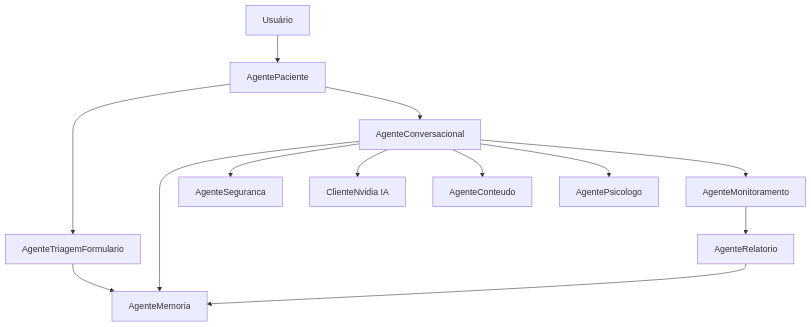
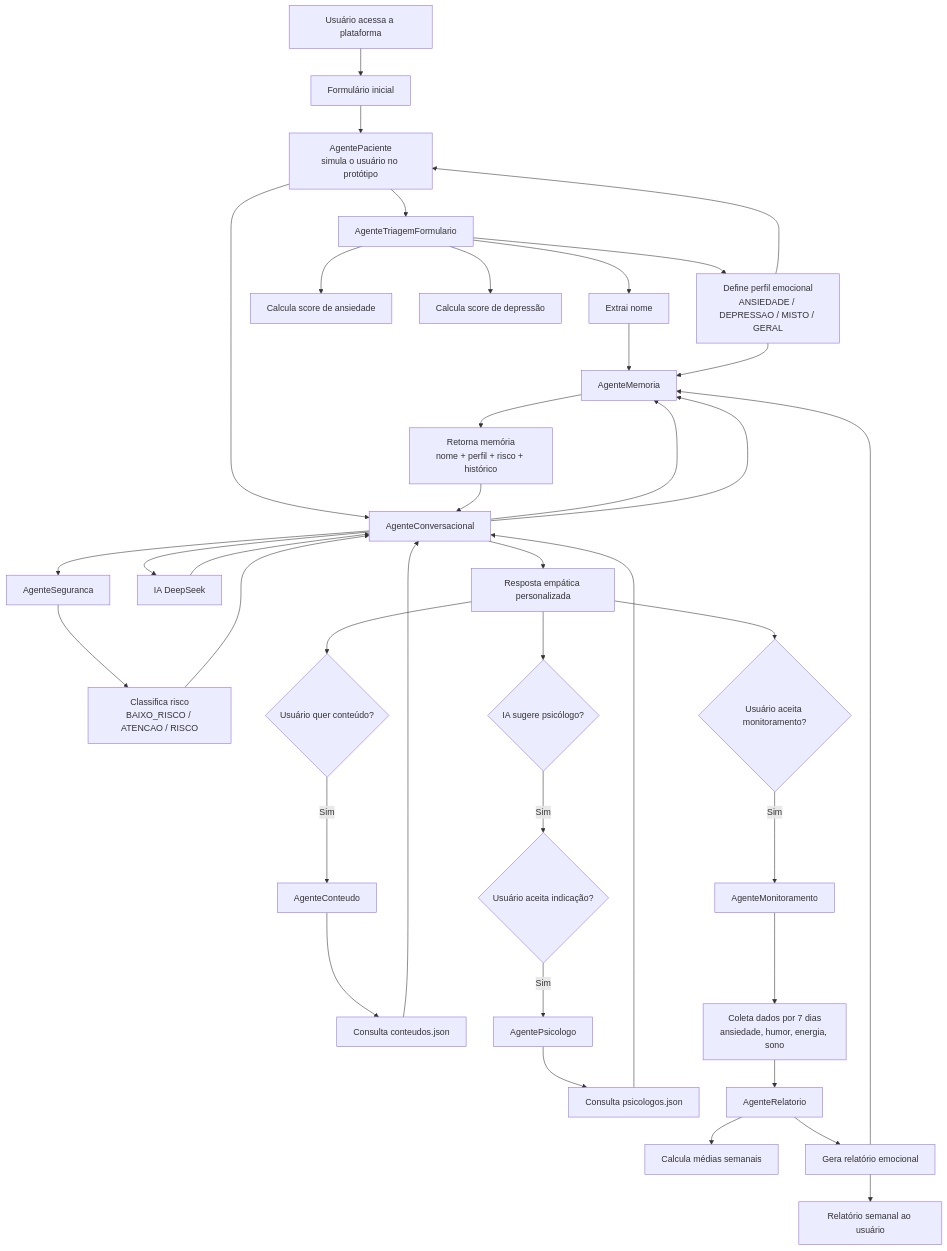
One commit to pibic-mental-health/mental-health-mas changed the diagram in documenção/documentação.md. Above: the diagram before and after it, drawn with Mermaid. The commit also changed 1 other file, not shown here.

Commit message:
Diagrama

````diff
--- a/documenção/documentação.md
+++ b/documenção/documentação.md
@@ -35,22 +35,56 @@
 ```mermaid
-graph TD
-    A[Usuário] --> B[AgentePaciente]
+flowchart TD
+    A[Usuário acessa a plataforma] --> B[Formulário inicial]
 
-    B --> C[AgenteTriagemFormulario]
+    B --> C[AgentePaciente<br/>simula o usuário no protótipo]
+    C --> D[AgenteTriagemFormulario]
 
-    C --> D[AgenteMemoria]
+    D --> D1[Extrai nome]
+    D --> D2[Calcula score de ansiedade]
+    D --> D3[Calcula score de depressão]
+    D --> D4[Define perfil emocional<br/>ANSIEDADE / DEPRESSAO / MISTO / GERAL]
 
-    B --> E[AgenteConversacional]
+    D1 --> E[AgenteMemoria]
+    D4 --> E
 
-    E --> D
-    E --> F[AgenteSeguranca]
-    E --> G[ClienteNvidia IA]
-    E --> H[AgenteConteudo]
-    E --> I[AgentePsicologo]
+    D4 --> C
+    C --> F[AgenteConversacional]
 
-    E --> J[AgenteMonitoramento]
+    F --> E
+    F --> G[AgenteSeguranca]
 
-    J --> K[AgenteRelatorio]
+    G --> G1[Classifica risco<br/>BAIXO_RISCO / ATENCAO / RISCO]
+    G1 --> F
 
-    K --> D
+    F --> E
+    E --> E1[Retorna memória<br/>nome + perfil + risco + histórico]
+    E1 --> F
+
+    F --> H[ IA DeepSeek]
+    H --> F
+
+    F --> I[Resposta empática personalizada]
+
+    I --> J{Usuário quer conteúdo?}
+    J -->|Sim| K[AgenteConteudo]
+    K --> K1[Consulta conteudos.json]
+    K1 --> F
+
+    I --> L{IA sugere psicólogo?}
+    L -->|Sim| M{Usuário aceita indicação?}
+    M -->|Sim| N[AgentePsicologo]
+    N --> N1[Consulta psicologos.json]
+    N1 --> F
+
+    I --> O{Usuário aceita monitoramento?}
+    O -->|Sim| P[AgenteMonitoramento]
+
+    P --> P1[Coleta dados por 7 dias<br/>ansiedade, humor, energia, sono]
+    P1 --> Q[AgenteRelatorio]
+
+    Q --> Q1[Calcula médias semanais]
+    Q --> Q2[Gera relatório emocional]
+    Q2 --> E
+
+    Q2 --> R[Relatório semanal ao usuário]
 ```
````
